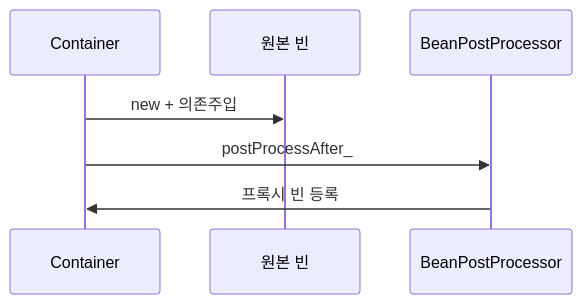
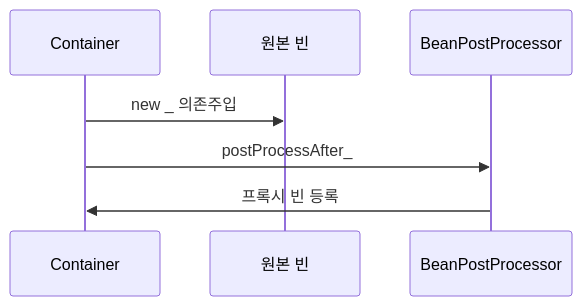
The eighth of 11 diagrams in _posts/spring/2026-05-02-spring-core-advanced.md (yjkim2015/yjkim2015.github.io), drawn with Mermaid before and after one commit. The commit also changed 38 other files, not shown here.

First line of the commit message:
Mermaid 파싱 에러 최종 수정 + 화살표 간격 확대

````diff
--- a/_posts/spring/2026-05-02-spring-core-advanced.md
+++ b/_posts/spring/2026-05-02-spring-core-advanced.md
@@ -484,9 +484,9 @@
 ```mermaid
 sequenceDiagram
     participant C as Container
     participant O as 원본 빈
     participant BPP as BeanPostProcessor
-    C->>O: new + 의존주입
+    C->>O: new _ 의존주입
     C->>BPP: postProcessAfter_
     BPP->>C: 프록시 빈 등록
 ```
````
